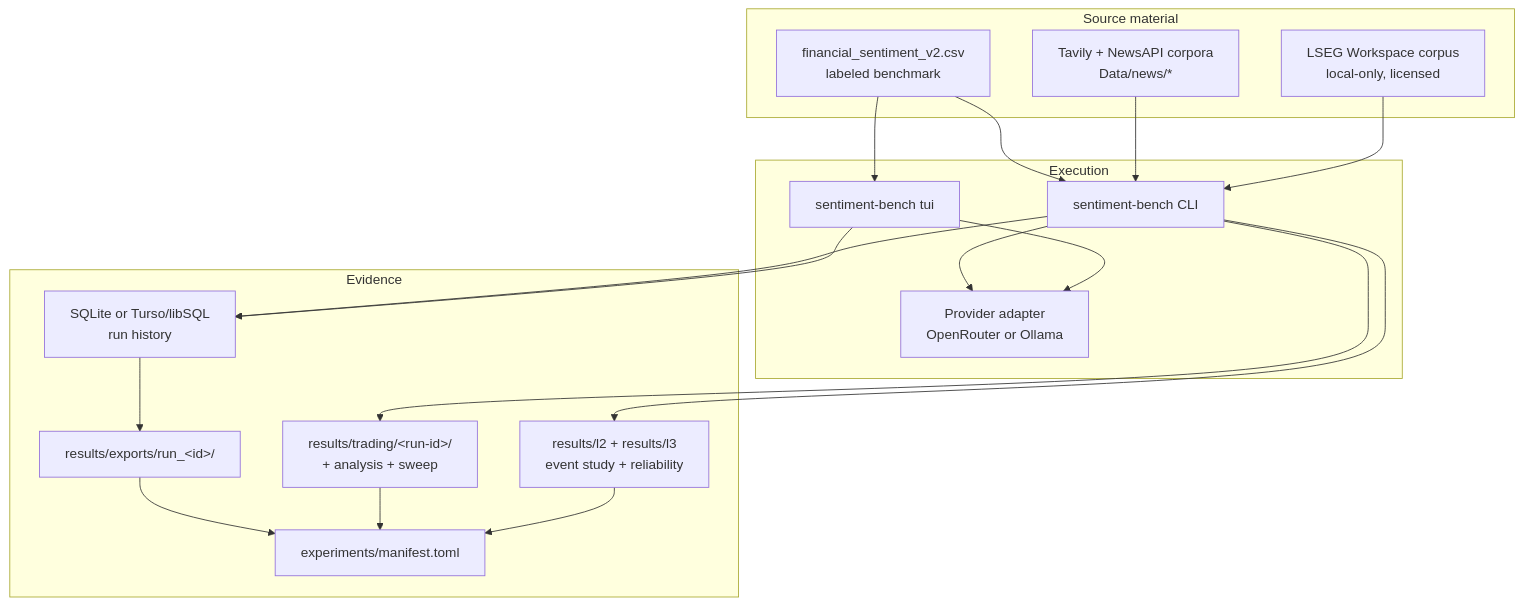
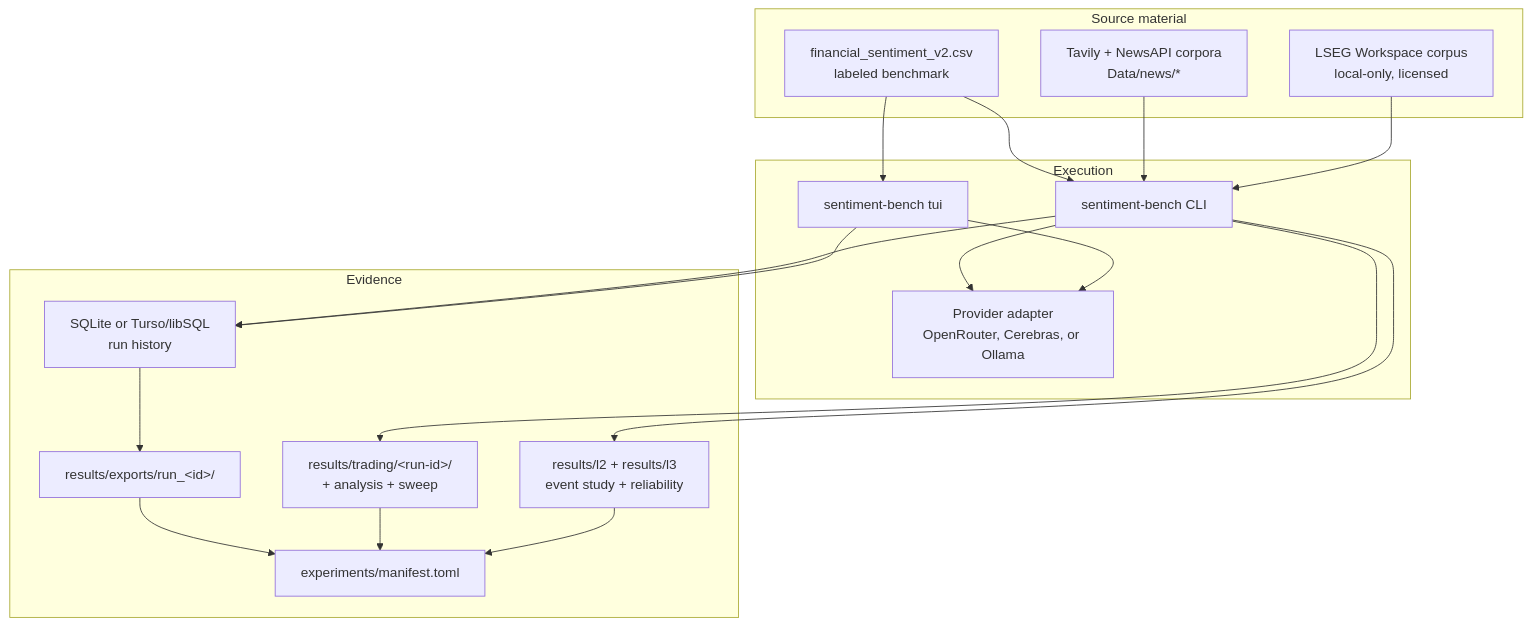
The diagram in docs/README.md (PeterLP123/Sentiment_Dissertation), drawn with Mermaid before and after one commit. The commit also changed other lines of this file and 23 other files, not shown here.

First line of the commit message:
feat(providers): add Cerebras Inference adapter with adaptive rate pacing

````diff
--- a/docs/README.md
+++ b/docs/README.md
@@ -46,34 +46,34 @@
 ```mermaid
 flowchart TB
     subgraph Source["Source material"]
         D["financial_sentiment_v2.csv<br/>labeled benchmark"]
         N["Tavily + NewsAPI corpora<br/>Data/news/*"]
         LS["LSEG Workspace corpus<br/>local-only, licensed"]
     end
     subgraph Execution["Execution"]
         CLI["sentiment-bench CLI"]
         TUI["sentiment-bench tui"]
-        P["Provider adapter<br/>OpenRouter or Ollama"]
+        P["Provider adapter<br/>OpenRouter, Cerebras, or Ollama"]
     end
     subgraph Evidence["Evidence"]
         DB["SQLite or Turso/libSQL<br/>run history"]
         E["results/exports/run_&lt;id&gt;/"]
         TR["results/trading/&lt;run-id&gt;/<br/>+ analysis + sweep"]
         L23["results/l2 + results/l3<br/>event study + reliability"]
         M["experiments/manifest.toml"]
     end
     D --> CLI
     N --> CLI
     LS --> CLI
     D --> TUI
     CLI --> P
     TUI --> P
     CLI --> DB
     TUI --> DB
     DB --> E
     CLI --> TR
     CLI --> L23
     E --> M
     TR --> M
     L23 --> M
 ```
````
